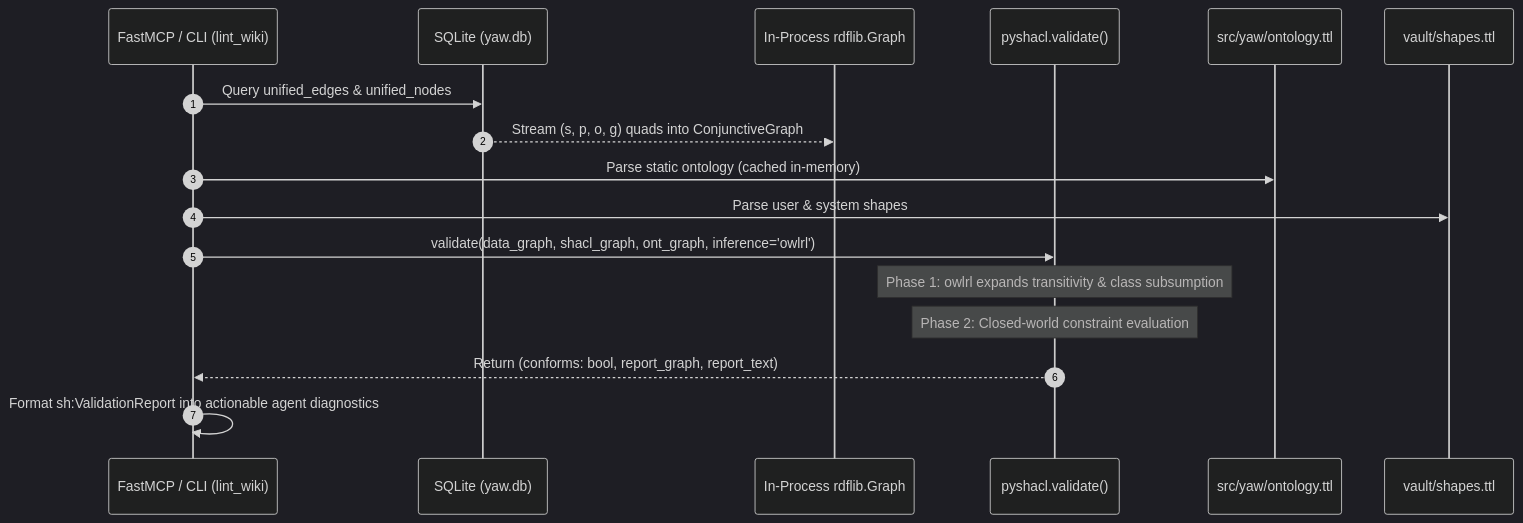
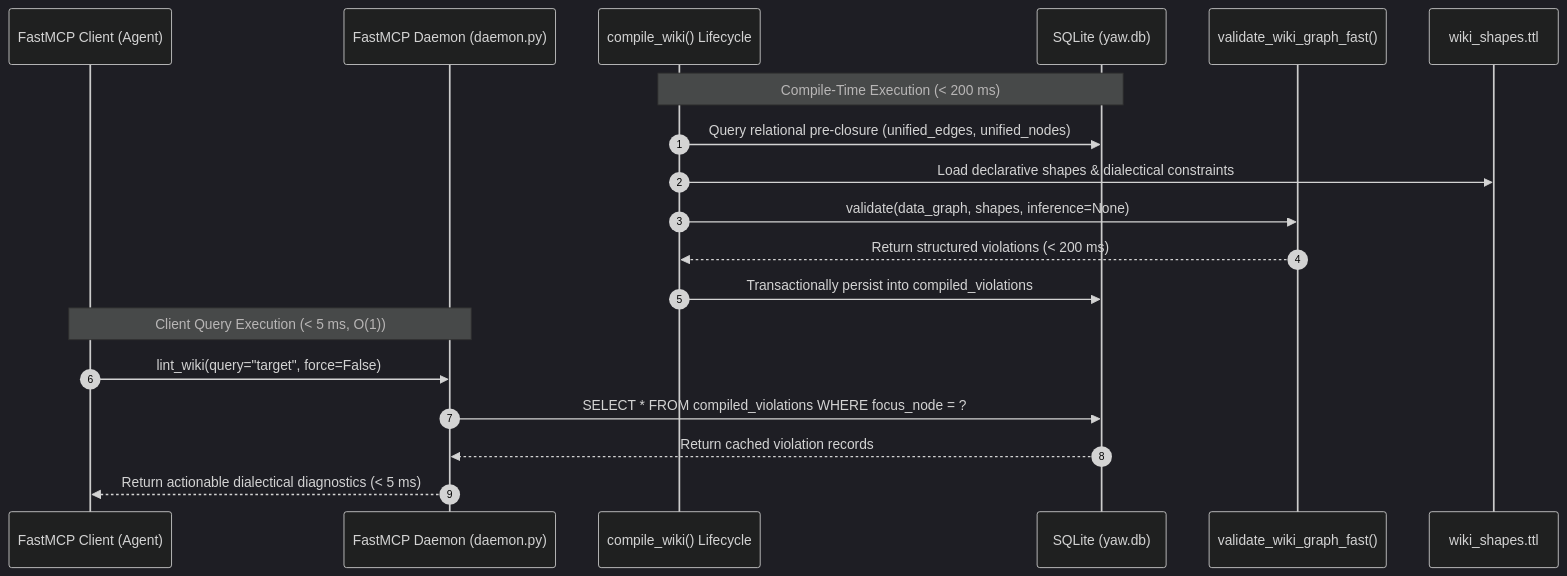
The second of 4 diagrams in docs/rdf-owl-shacl.md (negatrait/yaw), drawn with Mermaid (dark theme) before and after one commit. The commit also changed other lines of this file and 39 other files, not shown here.

Commit message:
feat(epic7.5): architectural convergence, spacy InMemoryLookupKB, bayesian evidence scoring, and progressive disclosure alignment

````diff
--- a/docs/rdf-owl-shacl.md
+++ b/docs/rdf-owl-shacl.md
@@ -129,20 +135,23 @@
 ```mermaid
 sequenceDiagram
     autonumber
-    participant CLI as FastMCP / CLI (lint_wiki)
+    participant Client as FastMCP Client (Agent)
+    participant Daemon as FastMCP Daemon (daemon.py)
+    participant Compiler as compile_wiki() Lifecycle
     participant DB as SQLite (yaw.db)
-    participant RDF as In-Process rdflib.Graph
-    participant Engine as pyshacl.validate()
-    participant OWL as src/yaw/ontology.ttl
-    participant SHACL as vault/shapes.ttl
+    participant FastEngine as validate_wiki_graph_fast()
+    participant Shapes as wiki_shapes.ttl
 
-    CLI->>DB: Query unified_edges & unified_nodes
-    DB-->>RDF: Stream (s, p, o, g) quads into ConjunctiveGraph
-    CLI->>OWL: Parse static ontology (cached in-memory)
-    CLI->>SHACL: Parse user & system shapes
-    CLI->>Engine: validate(data_graph, shacl_graph, ont_graph, inference='owlrl')
-    Note over Engine: Phase 1: owlrl expands transitivity & class subsumption
-    Note over Engine: Phase 2: Closed-world constraint evaluation
-    Engine-->>CLI: Return (conforms: bool, report_graph, report_text)
-    CLI->>CLI: Format sh:ValidationReport into actionable agent diagnostics
+    Note over Compiler,DB: Compile-Time Execution (< 200 ms)
+    Compiler->>DB: Query relational pre-closure (unified_edges, unified_nodes)
+    Compiler->>Shapes: Load declarative shapes & dialectical constraints
+    Compiler->>FastEngine: validate(data_graph, shapes, inference=None)
+    FastEngine-->>Compiler: Return structured violations (< 200 ms)
+    Compiler->>DB: Transactionally persist into compiled_violations
+
+    Note over Client,Daemon: Client Query Execution (< 5 ms, O(1))
+    Client->>Daemon: lint_wiki(query="target", force=False)
+    Daemon->>DB: SELECT * FROM compiled_violations WHERE focus_node = ?
+    DB-->>Daemon: Return cached violation records
+    Daemon-->>Client: Return actionable dialectical diagnostics (< 5 ms)
 ```
````
